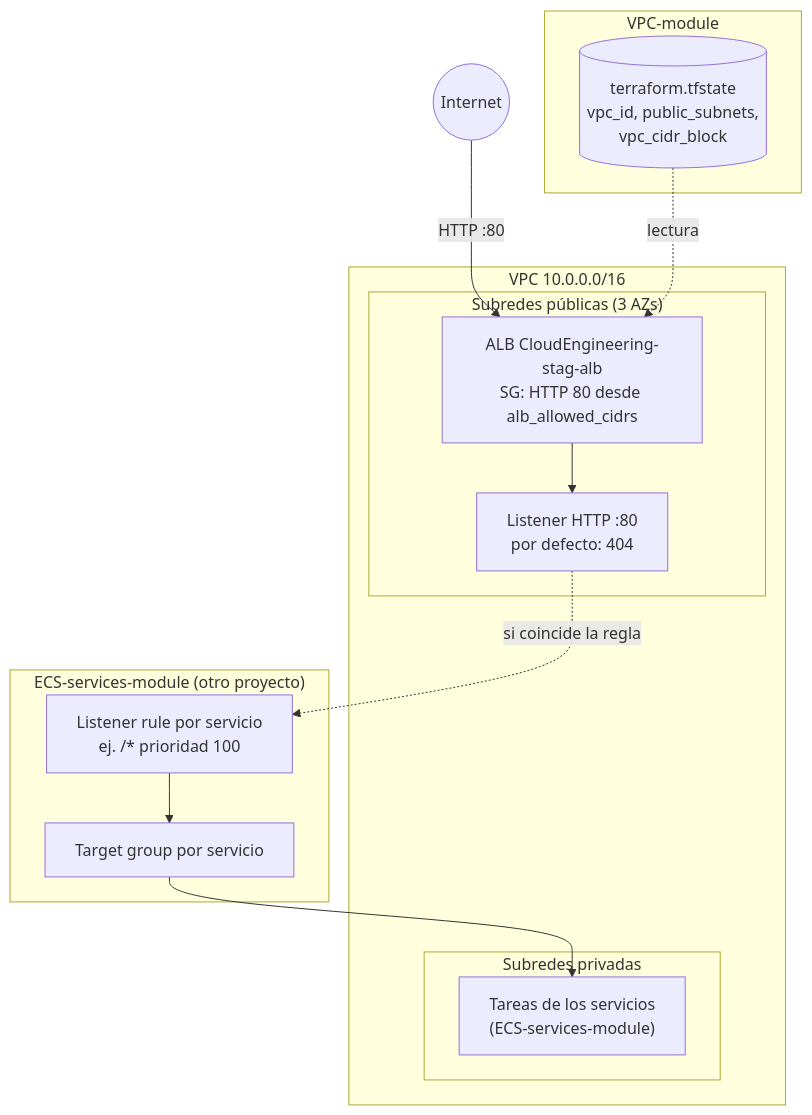
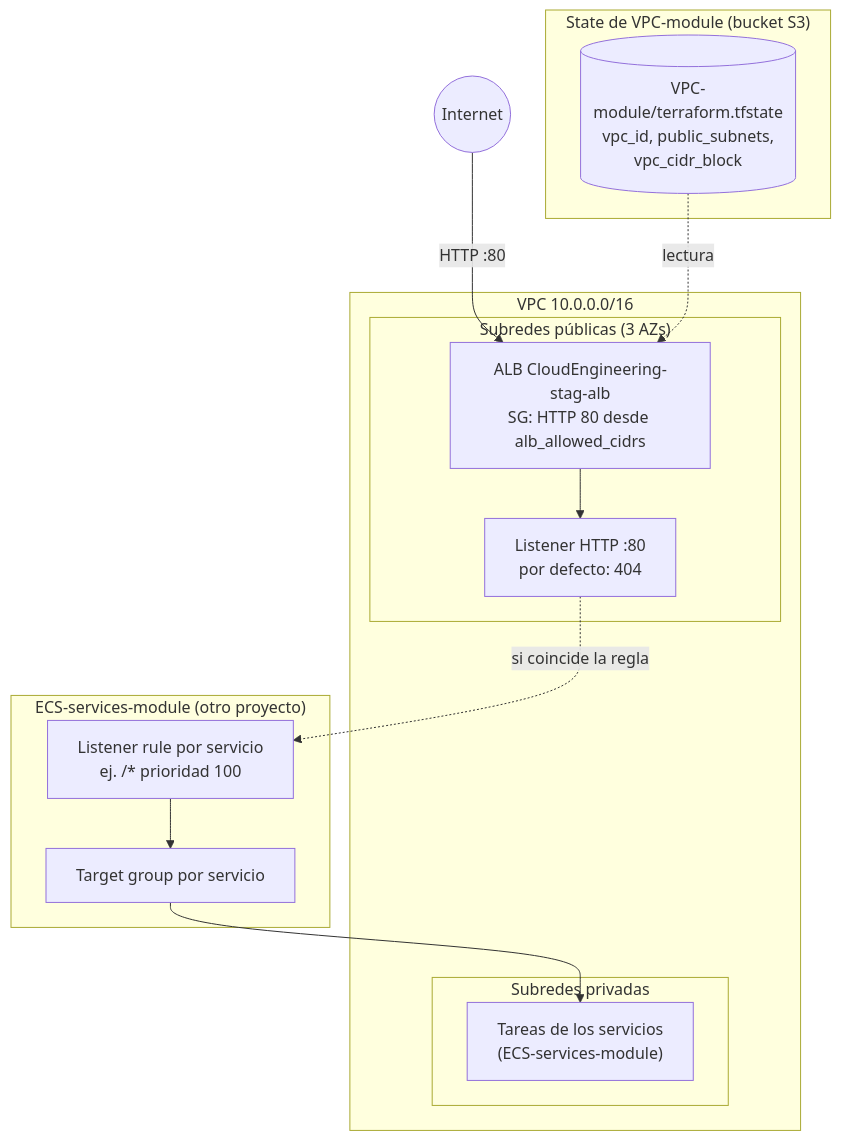
One commit to adrianjsosag/Sr-Labs changed the diagram in Serverless/ECS-Fargate/Terraform/ALB-module/README.md. Above: the diagram before and after it, drawn with Mermaid. The commit also changed other lines of this file and 35 other files, not shown here.

Commit message:
add S3-tfstate-backend-module

````diff
--- a/Serverless/ECS-Fargate/Terraform/ALB-module/README.md
+++ b/Serverless/ECS-Fargate/Terraform/ALB-module/README.md
@@ -74,27 +76,27 @@
 ```mermaid
 flowchart TB
     internet((Internet))
 
-    subgraph vpcstate["VPC-module"]
-        tfstate[("terraform.tfstate<br/>vpc_id, public_subnets,<br/>vpc_cidr_block")]
+    subgraph vpcstate["State de VPC-module (bucket S3)"]
+        tfstate[("VPC-module/terraform.tfstate<br/>vpc_id, public_subnets,<br/>vpc_cidr_block")]
     end
 
     subgraph vpc["VPC 10.0.0.0/16"]
         subgraph pub["Subredes públicas (3 AZs)"]
             alb["ALB CloudEngineering-stag-alb<br/>SG: HTTP 80 desde alb_allowed_cidrs"]
             listener["Listener HTTP :80<br/>por defecto: 404"]
         end
         subgraph priv["Subredes privadas"]
             svc["Tareas de los servicios<br/>(ECS-services-module)"]
         end
     end
 
     subgraph services["ECS-services-module (otro proyecto)"]
         rule["Listener rule por servicio<br/>ej. /* prioridad 100"]
         tg["Target group por servicio"]
     end
 
     internet -- "HTTP :80" --> alb --> listener
     listener -. "si coincide la regla" .-> rule --> tg --> svc
     tfstate -. "lectura" .-> alb
 ```
````
